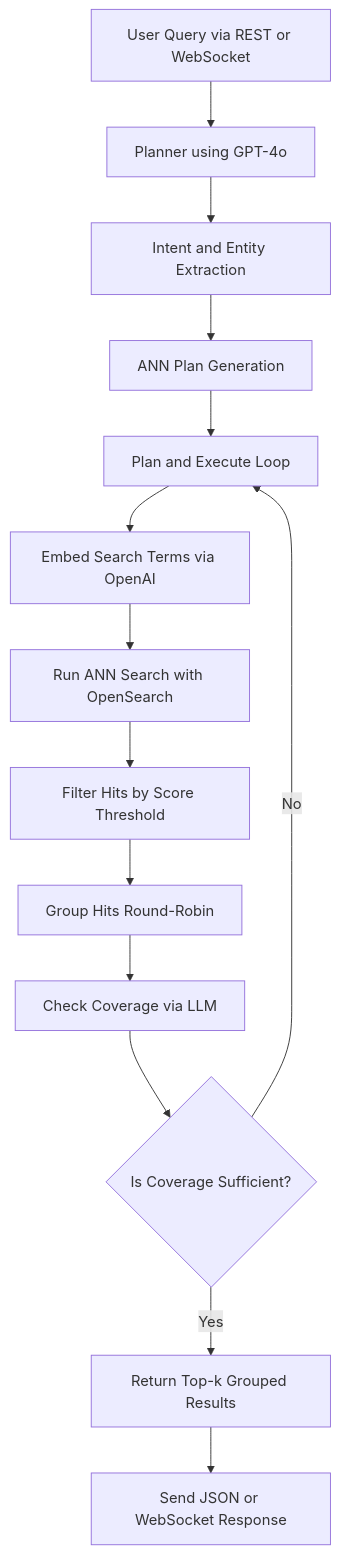
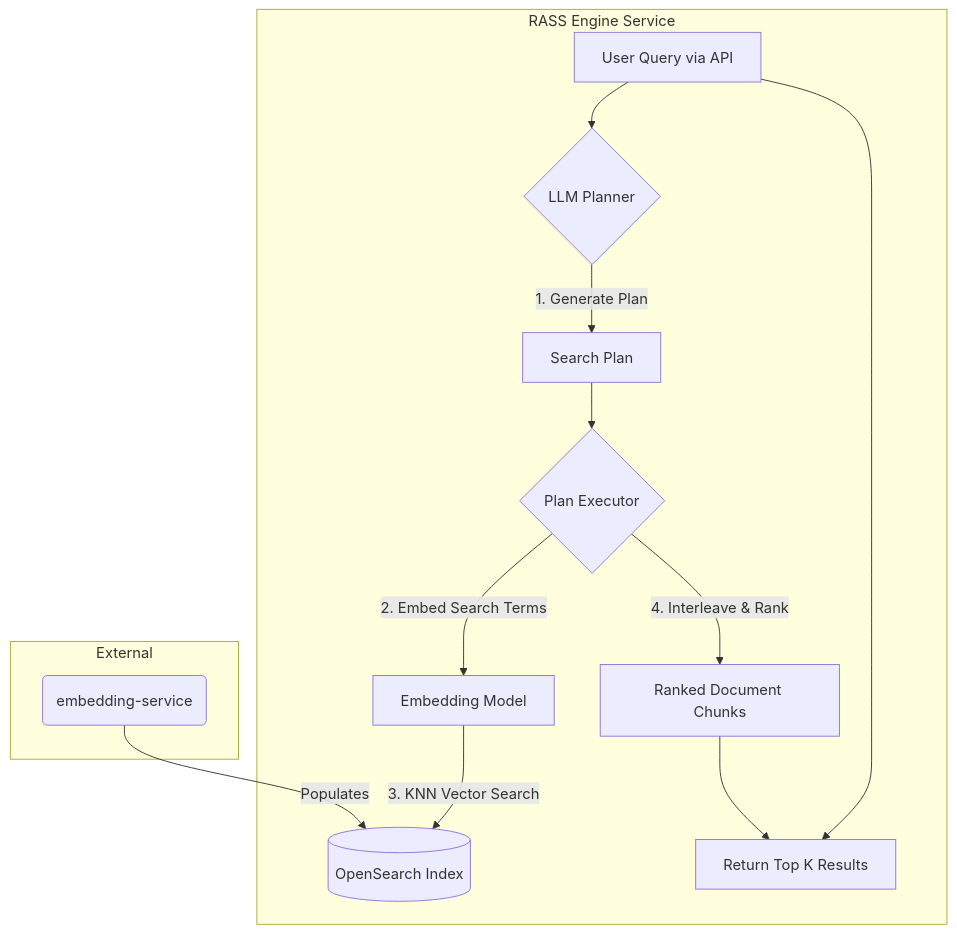
The diagram in rass-engine-service/README.md (Taleef7/enhanced-rass), drawn with Mermaid before and after one commit. The commit also changed other lines of this file and 3 other files, not shown here.

````diff
--- a/rass-engine-service/README.md
+++ b/rass-engine-service/README.md
@@ -7,17 +8,19 @@
 ```mermaid
 graph TD
-    A[User Query via REST or WebSocket] --> B[Planner using GPT-4o]
-    B --> C[Intent and Entity Extraction]
-    C --> D[ANN Plan Generation]
-    D --> E[Plan and Execute Loop]
-    E --> F[Embed Search Terms via OpenAI]
-    F --> G[Run ANN Search with OpenSearch]
-    G --> H[Filter Hits by Score Threshold]
-    H --> I[Group Hits Round-Robin]
-    I --> J[Check Coverage via LLM]
-    J --> K{Is Coverage Sufficient?}
-    K -->|Yes| L[Return Top-k Grouped Results]
-    K -->|No| E
-    L --> M[Send JSON or WebSocket Response]
+    subgraph RASS Engine Service
+        A[User Query via API] --> B{LLM Planner};
+        B -->|1. Generate Plan| C[Search Plan];
+        C --> D{Plan Executor};
+        D -->|2. Embed Search Terms| E[Embedding Model];
+        E -->|3. KNN Vector Search| F[(OpenSearch Index)];
+        D -->|4. Interleave & Rank| G[Ranked Document Chunks];
+        G --> H[Return Top K Results];
+    end
+    
+    subgraph External
+        I(embedding-service) -->|Populates| F;
+    end
+
+    A --> H;
 
 ```
````
